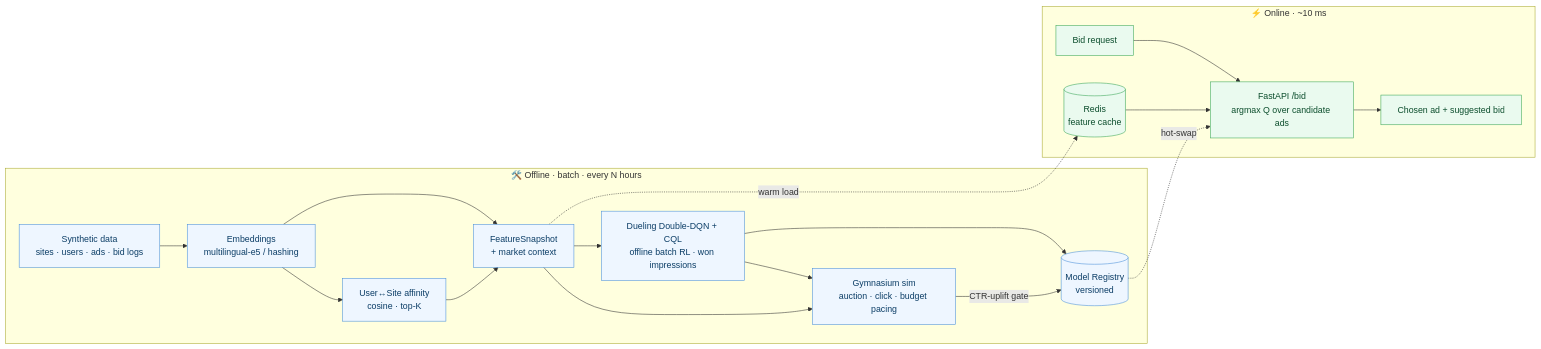
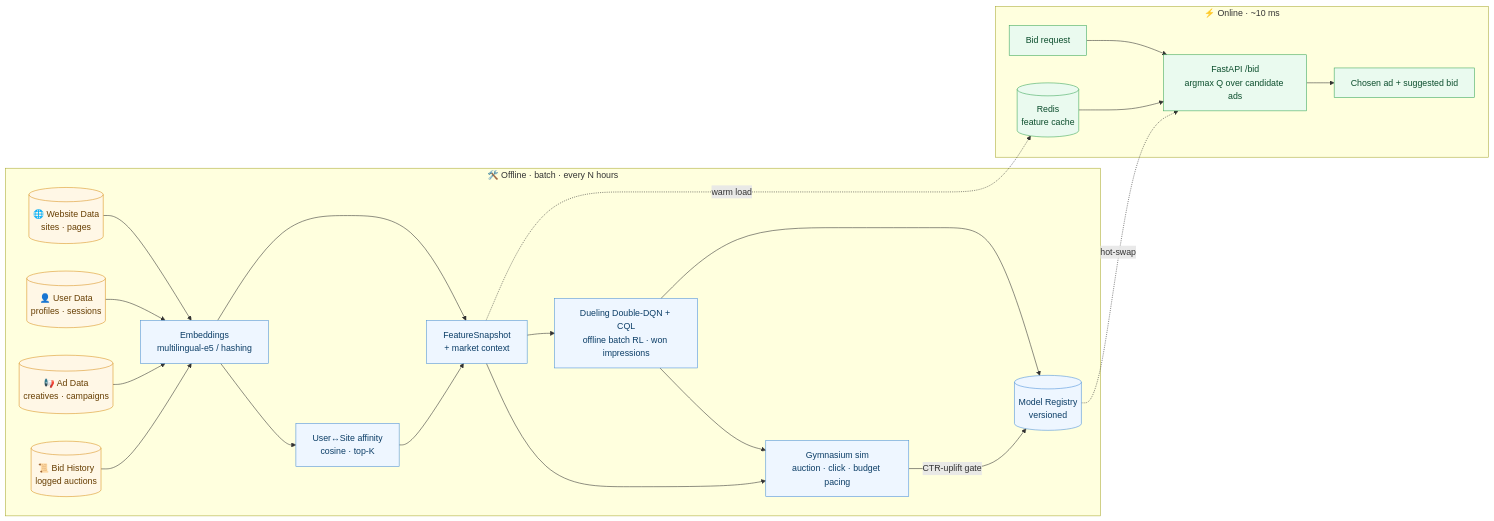
One commit to dvallslanaquera/rtb-rl-exercise changed the diagram in README.md. Above: the diagram before and after it, drawn with Mermaid.

Commit message:
docs: show four real data sources as databases in architecture diagram
Replace the single 'synthetic data' block with four database-shaped nodes (website data, user data, ad data, bid history) feeding the embedding pipeline.

````diff
--- a/README.md
+++ b/README.md
@@ -66,28 +66,37 @@
 ```mermaid
 flowchart LR
     subgraph OFF["🛠️ Offline · batch · every N hours"]
-        D["Synthetic data<br/>sites · users · ads · bid logs"] --> E["Embeddings<br/>multilingual-e5 / hashing"]
+        DB1[("🌐 Website Data<br/>sites · pages")]
+        DB2[("👤 User Data<br/>profiles · sessions")]
+        DB3[("📢 Ad Data<br/>creatives · campaigns")]
+        DB4[("📜 Bid History<br/>logged auctions")]
+        DB1 --> E["Embeddings<br/>multilingual-e5 / hashing"]
+        DB2 --> E
+        DB3 --> E
+        DB4 --> E
         E --> A["User↔Site affinity<br/>cosine · top-K"]
         E --> F["FeatureSnapshot<br/>+ market context"]
         A --> F
         F --> T["Dueling Double-DQN + CQL<br/>offline batch RL · won impressions"]
         T --> S["Gymnasium sim<br/>auction · click · budget pacing"]
         F --> S
         T --> R[("Model Registry<br/>versioned")]
         S -->|"CTR-uplift gate"| R
     end
 
     subgraph ON["⚡ Online · ~10 ms"]
         REQ["Bid request"] --> SCORE["FastAPI /bid<br/>argmax Q over candidate ads"]
         CACHE[("Redis<br/>feature cache")] --> SCORE
         SCORE --> RESP["Chosen ad + suggested bid"]
     end
 
     R -. "hot-swap" .-> SCORE
     F -. "warm load" .-> CACHE
 
     classDef off fill:#eef6ff,stroke:#4a90d9,color:#0b3d66;
     classDef on fill:#eafaef,stroke:#3aa657,color:#0b4d2c;
-    class D,E,A,F,T,S,R off;
+    classDef data fill:#fff7e6,stroke:#d9911e,color:#663d00;
+    class E,A,F,T,S,R off;
+    class DB1,DB2,DB3,DB4 data;
     class REQ,SCORE,CACHE,RESP on;
 ```
````
